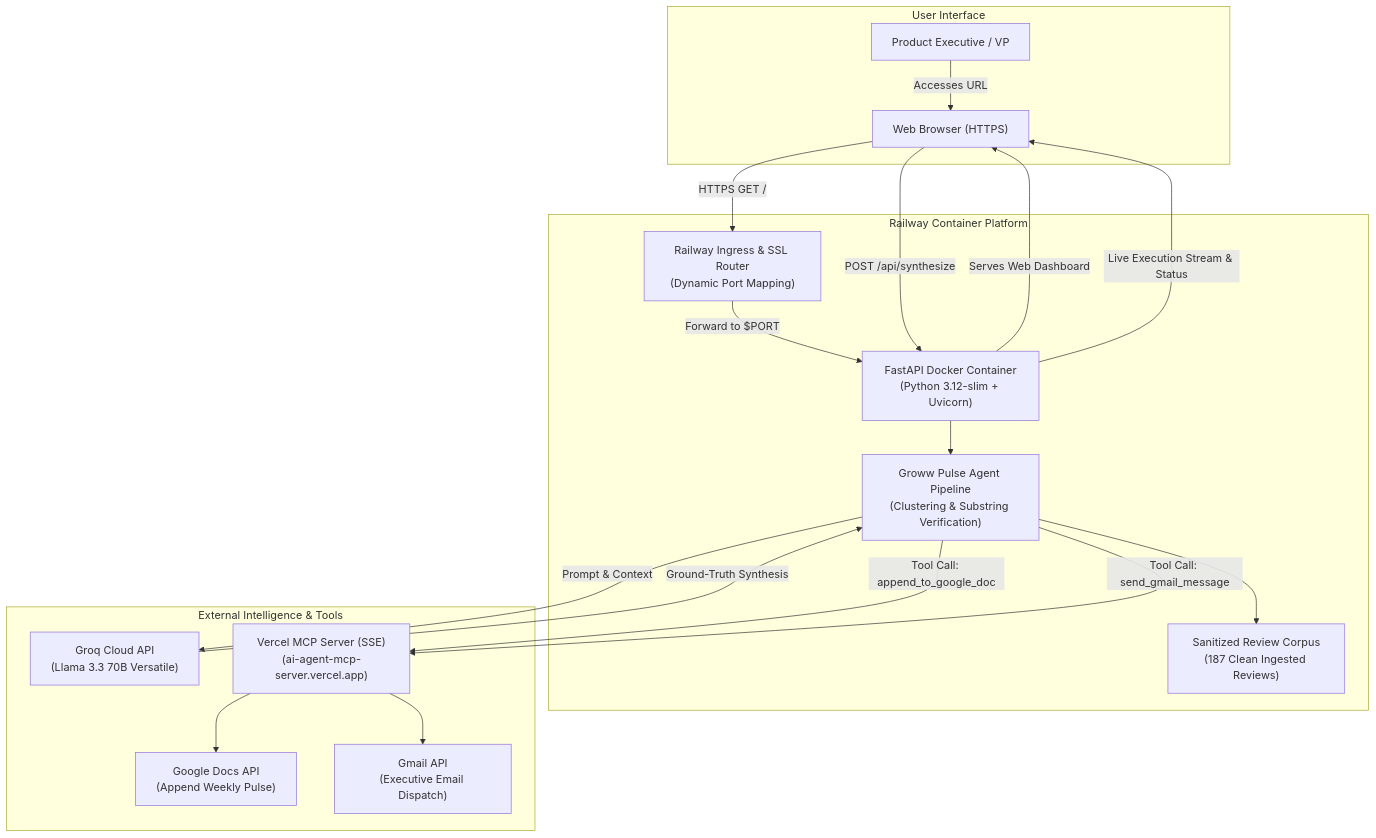
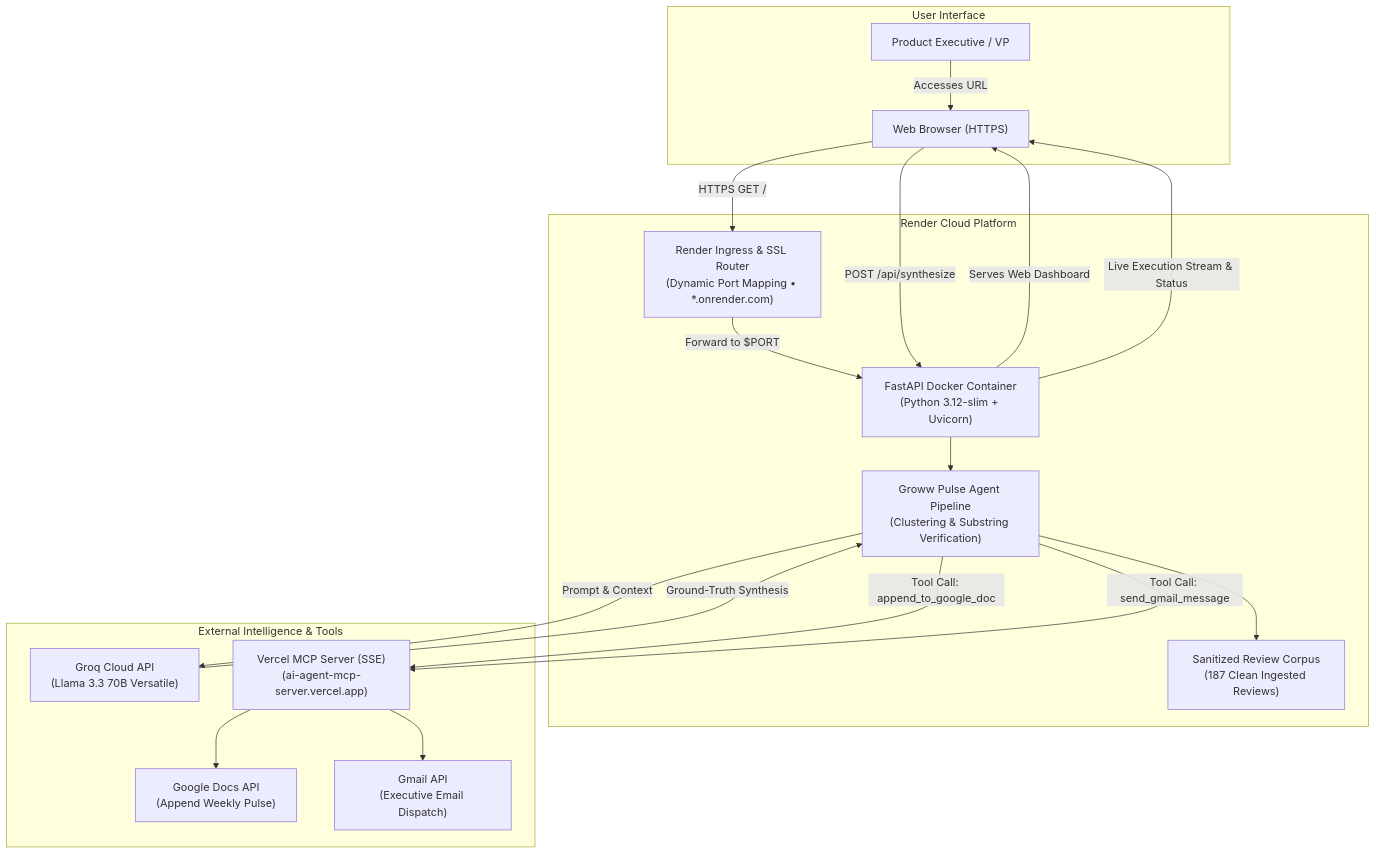
The diagram in docs/deployment-plan.md (nagesh-labs/ai-agent-pulse-report-generation), drawn with Mermaid before and after one commit. The commit also changed other lines of this file and 4 other files, not shown here.

````diff
--- a/docs/deployment-plan.md
+++ b/docs/deployment-plan.md
@@ -26,36 +27,36 @@
 ```mermaid
 flowchart TD
     subgraph ClientLayer["User Interface"]
         User["Product Executive / VP"]
         Browser["Web Browser (HTTPS)"]
     end
 
-    subgraph RailwayCloud["Railway Container Platform"]
-        Router["Railway Ingress & SSL Router<br/>(Dynamic Port Mapping)"]
+    subgraph RenderCloud["Render Cloud Platform"]
+        Router["Render Ingress & SSL Router<br/>(Dynamic Port Mapping • *.onrender.com)"]
         Container["FastAPI Docker Container<br/>(Python 3.12-slim + Uvicorn)"]
         Pipeline["Groww Pulse Agent Pipeline<br/>(Clustering & Substring Verification)"]
         ReviewCorpus["Sanitized Review Corpus<br/>(187 Clean Ingested Reviews)"]
     end
 
     subgraph CloudAPIs["External Intelligence & Tools"]
         Groq["Groq Cloud API<br/>(Llama 3.3 70B Versatile)"]
         MCP["Vercel MCP Server (SSE)<br/>(ai-agent-mcp-server.vercel.app)"]
         GDoc["Google Docs API<br/>(Append Weekly Pulse)"]
         GMail["Gmail API<br/>(Executive Email Dispatch)"]
     end
 
     User -->|Accesses URL| Browser
     Browser -->|HTTPS GET /| Router
     Router -->|Forward to $PORT| Container
     Container -->|Serves Web Dashboard| Browser
     Browser -->|POST /api/synthesize| Container
     Container --> Pipeline
     Pipeline --> ReviewCorpus
     Pipeline -->|Prompt & Context| Groq
     Groq -->|Ground-Truth Synthesis| Pipeline
     Pipeline -->|Tool Call: append_to_google_doc| MCP
     Pipeline -->|Tool Call: send_gmail_message| MCP
     MCP --> GDoc
     MCP --> GMail
     Container -->|Live Execution Stream & Status| Browser
 ```
````
